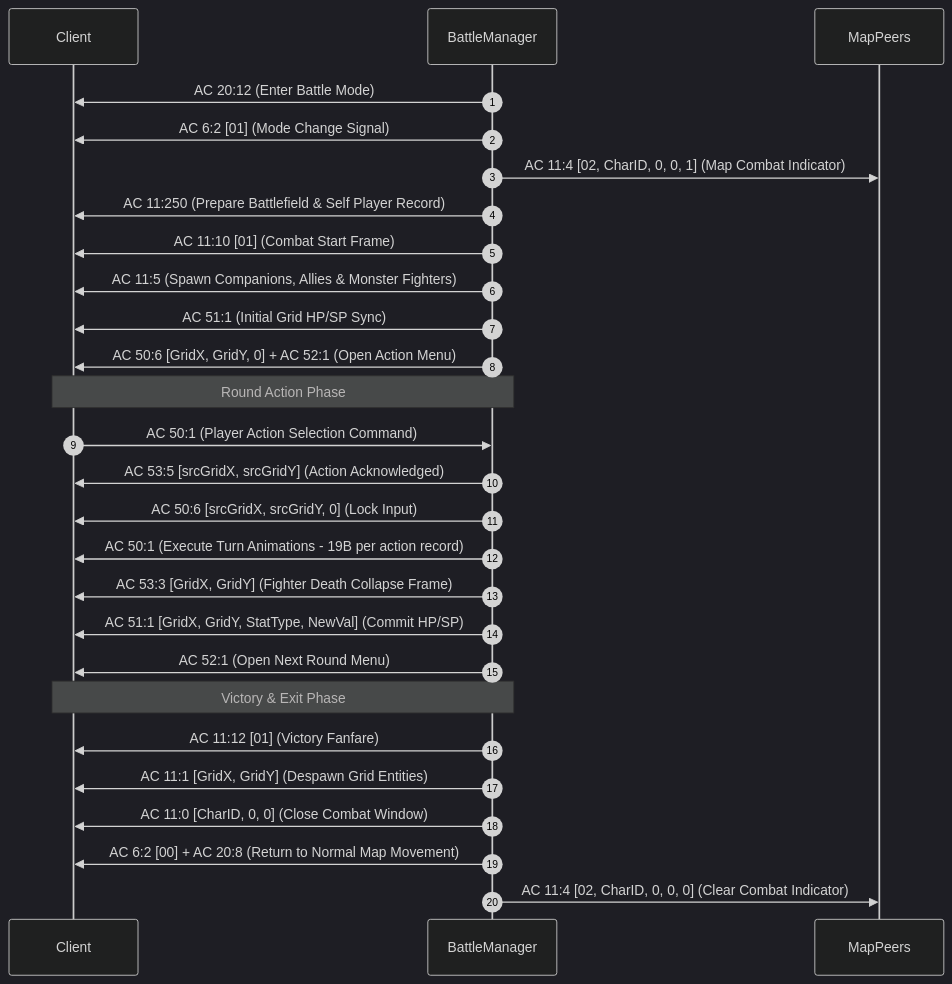
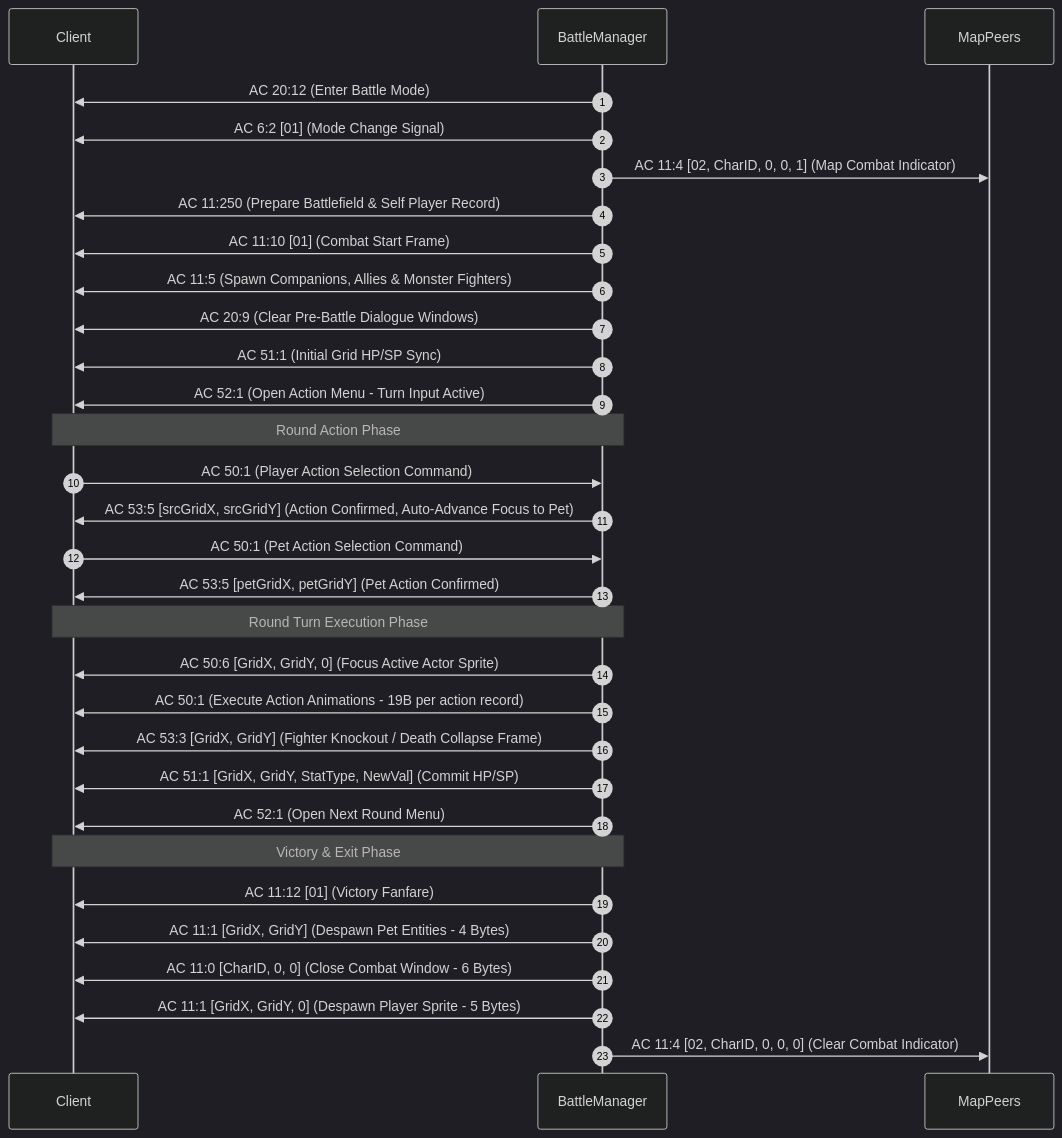
Before and after one commit to Eminbalci/Wonderland-Private-Server: the second of 4 diagrams in docs/03_network_protocol_and_action_codes.md, drawn with Mermaid (dark theme). The commit also changed other lines of this file and 33 other files, not shown here.

Commit message:
feat: add core map engine, quest management, network action codes, and supporting documentation

````diff
--- a/docs/03_network_protocol_and_action_codes.md
+++ b/docs/03_network_protocol_and_action_codes.md
@@ -210,32 +210,37 @@
 ```mermaid
 sequenceDiagram
     autonumber
     participant Client
     participant BattleManager
     participant MapPeers
 
     BattleManager->>Client: AC 20:12 (Enter Battle Mode)
     BattleManager->>Client: AC 6:2 [01] (Mode Change Signal)
     BattleManager->>MapPeers: AC 11:4 [02, CharID, 0, 0, 1] (Map Combat Indicator)
     BattleManager->>Client: AC 11:250 (Prepare Battlefield & Self Player Record)
     BattleManager->>Client: AC 11:10 [01] (Combat Start Frame)
     BattleManager->>Client: AC 11:5 (Spawn Companions, Allies & Monster Fighters)
+    BattleManager->>Client: AC 20:9 (Clear Pre-Battle Dialogue Windows)
     BattleManager->>Client: AC 51:1 (Initial Grid HP/SP Sync)
-    BattleManager->>Client: AC 50:6 [GridX, GridY, 0] + AC 52:1 (Open Action Menu)
+    BattleManager->>Client: AC 52:1 (Open Action Menu - Turn Input Active)
 
     Note over Client,BattleManager: Round Action Phase
     Client->>BattleManager: AC 50:1 (Player Action Selection Command)
-    BattleManager->>Client: AC 53:5 [srcGridX, srcGridY] (Action Acknowledged)
-    BattleManager->>Client: AC 50:6 [srcGridX, srcGridY, 0] (Lock Input)
-    BattleManager->>Client: AC 50:1 (Execute Turn Animations - 19B per action record)
-    BattleManager->>Client: AC 53:3 [GridX, GridY] (Fighter Death Collapse Frame)
+    BattleManager->>Client: AC 53:5 [srcGridX, srcGridY] (Action Confirmed, Auto-Advance Focus to Pet)
+    Client->>BattleManager: AC 50:1 (Pet Action Selection Command)
+    BattleManager->>Client: AC 53:5 [petGridX, petGridY] (Pet Action Confirmed)
+
+    Note over Client,BattleManager: Round Turn Execution Phase
+    BattleManager->>Client: AC 50:6 [GridX, GridY, 0] (Focus Active Actor Sprite)
+    BattleManager->>Client: AC 50:1 (Execute Action Animations - 19B per action record)
+    BattleManager->>Client: AC 53:3 [GridX, GridY] (Fighter Knockout / Death Collapse Frame)
     BattleManager->>Client: AC 51:1 [GridX, GridY, StatType, NewVal] (Commit HP/SP)
     BattleManager->>Client: AC 52:1 (Open Next Round Menu)
 
     Note over Client,BattleManager: Victory & Exit Phase
     BattleManager->>Client: AC 11:12 [01] (Victory Fanfare)
-    BattleManager->>Client: AC 11:1 [GridX, GridY] (Despawn Grid Entities)
-    BattleManager->>Client: AC 11:0 [CharID, 0, 0] (Close Combat Window)
-    BattleManager->>Client: AC 6:2 [00] + AC 20:8 (Return to Normal Map Movement)
+    BattleManager->>Client: AC 11:1 [GridX, GridY] (Despawn Pet Entities - 4 Bytes)
+    BattleManager->>Client: AC 11:0 [CharID, 0, 0] (Close Combat Window - 6 Bytes)
+    BattleManager->>Client: AC 11:1 [GridX, GridY, 0] (Despawn Player Sprite - 5 Bytes)
     BattleManager->>MapPeers: AC 11:4 [02, CharID, 0, 0, 0] (Clear Combat Indicator)
 ```
````
